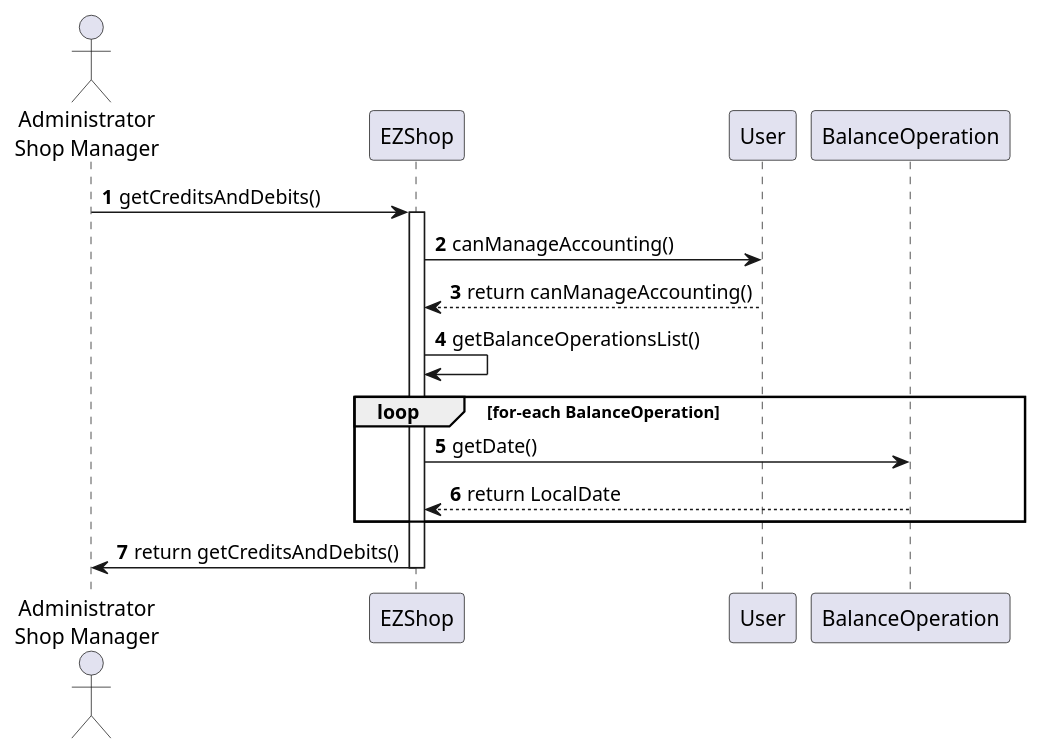
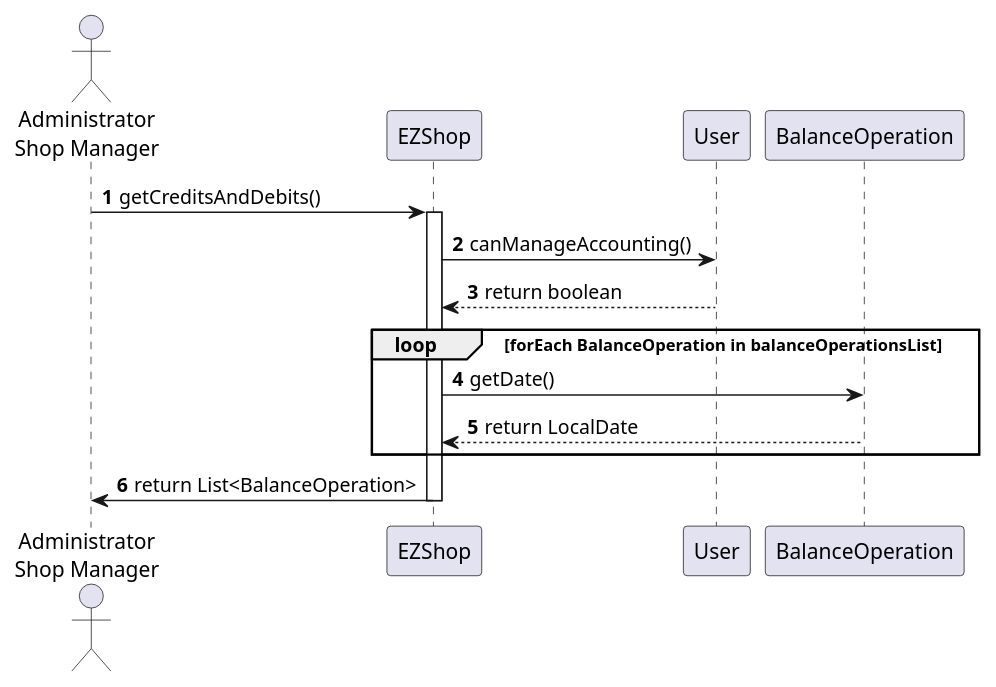
Diagram 15 of 15 in Deliverables/DesignDocument.md (gioele-scaletta/EZShop-Software-Engineering-Project), drawn with PlantUML before and after one commit. The commit also changed other lines of this file, not shown here.

Commit message:
docs: update sequence diagrams for scenarios 8.1, 8.2, 9.1, 10.1, 10.2

````diff
--- a/Deliverables/DesignDocument.md
+++ b/Deliverables/DesignDocument.md
@@ -670,16 +679,15 @@
 ```plantuml
 actor "Administrator\nShop Manager" as user
 
 autonumber
 user -> EZShop : getCreditsAndDebits()
 activate EZShop
 EZShop -> User : canManageAccounting()
-EZShop <-- User : return canManageAccounting()
-EZShop -> EZShop : getBalanceOperationsList()
-loop for-each BalanceOperation
+EZShop <-- User : return boolean
+loop forEach BalanceOperation in balanceOperationsList
     EZShop -> BalanceOperation : getDate()
     EZShop <-- BalanceOperation : return LocalDate
 end
-user <- EZShop : return getCreditsAndDebits()
+user <- EZShop : return List<BalanceOperation>
 deactivate EZShop
 ```
````
